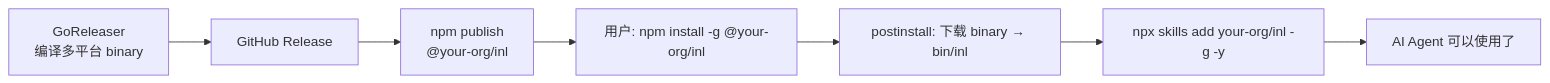
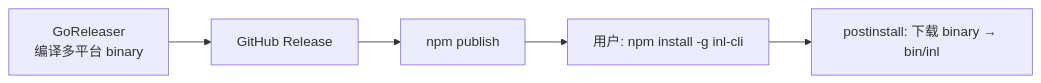
The fourth of 4 diagrams in docs/inl-architecture.md (hqy2435662352/inl), drawn with Mermaid before and after one commit. The commit also changed other lines of this file and 13 other files, not shown here.

````diff
--- a/docs/inl-architecture.md
+++ b/docs/inl-architecture.md
@@ -294,9 +291,7 @@
 ```mermaid
 flowchart LR
     A[GoReleaser<br/>编译多平台 binary] --> B[GitHub Release]
-    B --> C[npm publish<br/>@your-org/inl]
-    C --> D["用户: npm install -g @your-org/inl"]
+    B --> C[npm publish]
+    C --> D["用户: npm install -g inl-cli"]
     D --> E["postinstall: 下载 binary → bin/inl"]
-    E --> F["npx skills add your-org/inl -g -y"]
-    F --> G["AI Agent 可以使用了"]
 ```
````
